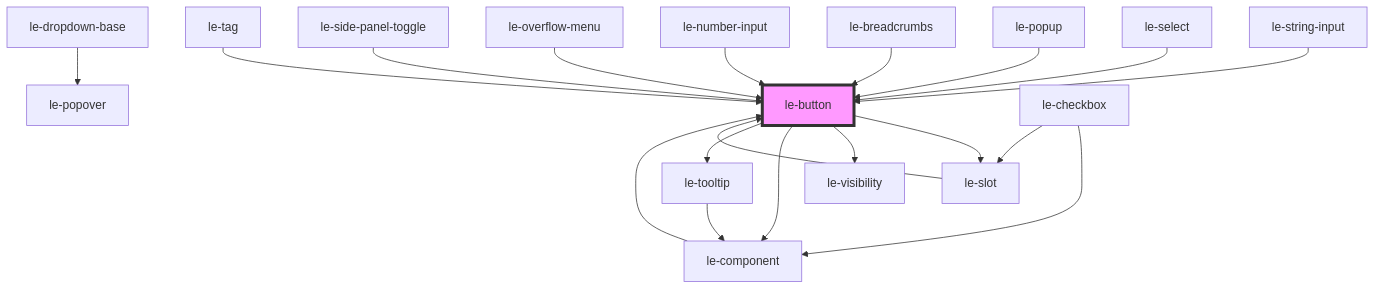
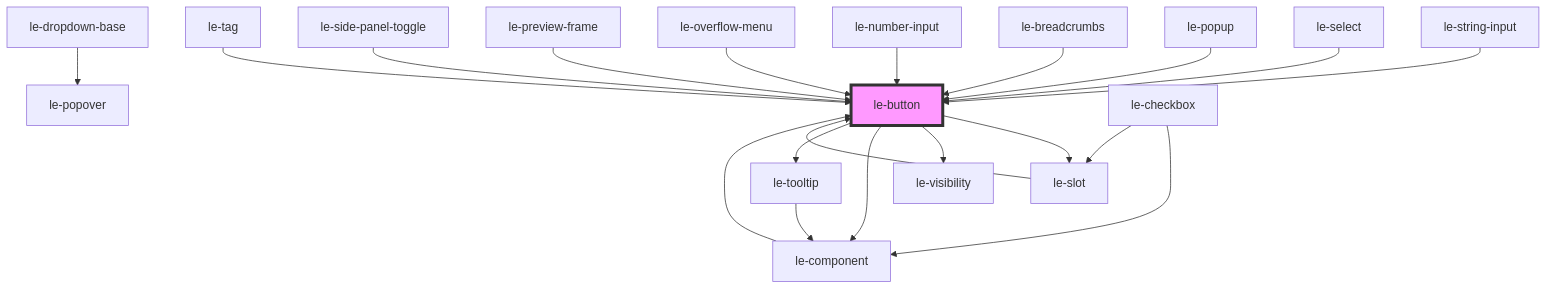
One commit to leechy/le-kit changed the diagram in packages/core/src/components/le-button/readme.md. Above: the diagram before and after it, drawn with Mermaid. The commit also changed other lines of this file and 14 other files, not shown here.

````diff
--- a/packages/core/src/components/le-button/readme.md
+++ b/packages/core/src/components/le-button/readme.md
@@ -170,22 +171,23 @@
 ```mermaid
 graph TD;
   le-button --> le-slot
   le-button --> le-visibility
   le-button --> le-component
   le-button --> le-tooltip
   le-slot --> le-button
   le-string-input --> le-button
   le-component --> le-button
   le-select --> le-button
   le-dropdown-base --> le-popover
   le-checkbox --> le-component
   le-checkbox --> le-slot
   le-popup --> le-button
   le-tooltip --> le-component
   le-breadcrumbs --> le-button
   le-number-input --> le-button
   le-overflow-menu --> le-button
+  le-preview-frame --> le-button
   le-side-panel-toggle --> le-button
   le-tag --> le-button
   style le-button fill:#f9f,stroke:#333,stroke-width:4px
 ```
````
